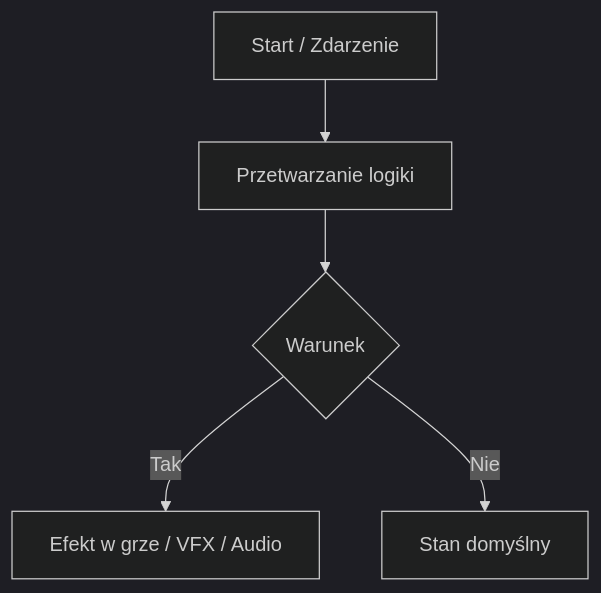
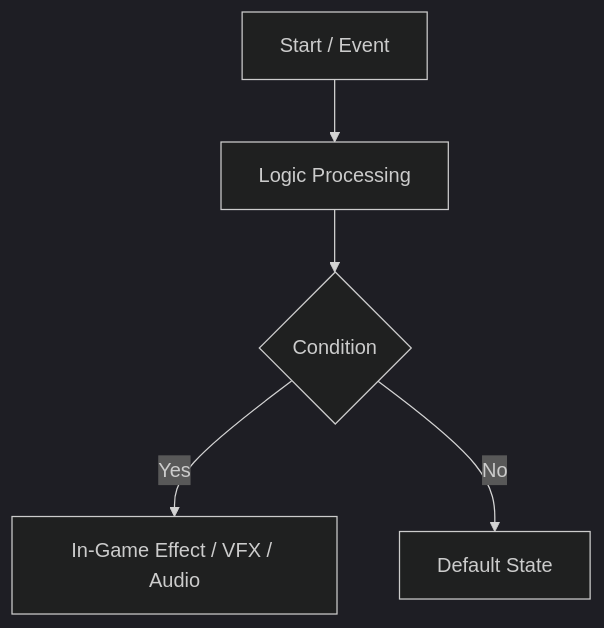
Before and after one commit to the-lowercase-studio/CarSurvivorsRequirem: the diagram in .agents/skills/create-user-doc/templates/user-doc-template.md, drawn with Mermaid (dark theme). The commit also changed other lines of this file and 8 other files, not shown here.

````diff
--- a/.agents/skills/create-user-doc/templates/user-doc-template.md
+++ b/.agents/skills/create-user-doc/templates/user-doc-template.md
@@ -24,7 +24,7 @@
 ```mermaid
 flowchart TD
-    A[Start / Zdarzenie] --> B[Przetwarzanie logiki]
-    B --> C{Warunek}
-    C -->|Tak| D[Efekt w grze / VFX / Audio]
-    C -->|Nie| E[Stan domyślny]
+    A[Start / Event] --> B[Logic Processing]
+    B --> C{Condition}
+    C -->|Yes| D[In-Game Effect / VFX / Audio]
+    C -->|No| E[Default State]
 ```
````
